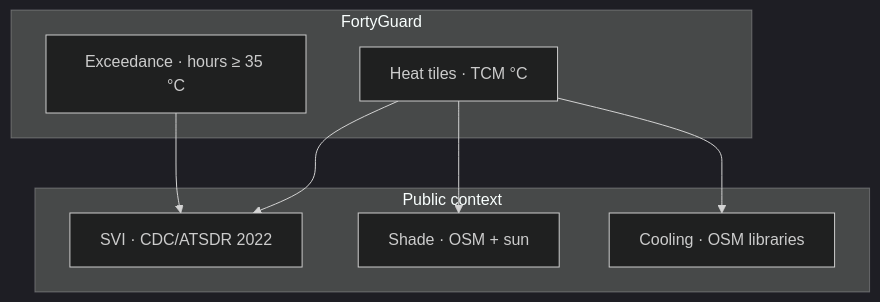
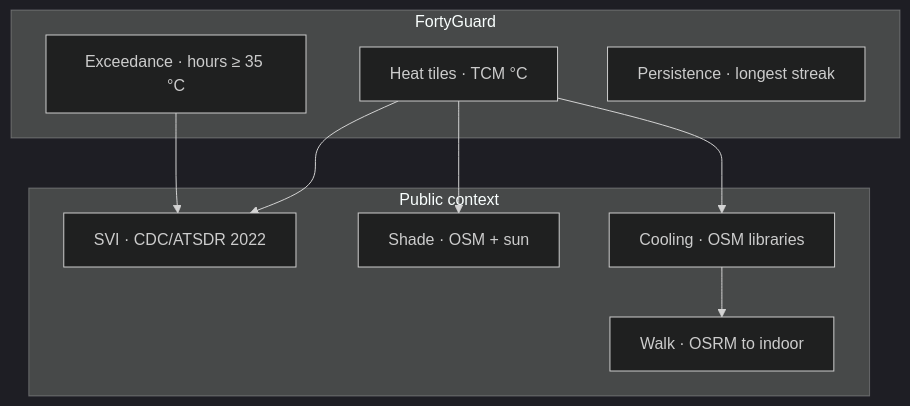
Before and after one commit to Galabavamsi/heatcast: the third of 4 diagrams in README.md, drawn with Mermaid (dark theme). The commit also changed other lines of this file and 1 other file, not shown here.

Commit message:
Update README and HANDOVER so clone-and-run docs match the shipped Day|Range site, ΔT tiles, and walk.

````diff
--- a/README.md
+++ b/README.md
@@ -108,16 +120,19 @@
 ```mermaid
 flowchart TB
   subgraph heat [FortyGuard]
     T["Heat tiles · TCM °C"]
     X["Exceedance · hours ≥ 35 °C"]
+    P["Persistence · longest streak"]
   end
   subgraph context [Public context]
     S["SVI · CDC/ATSDR 2022"]
     H["Shade · OSM + sun"]
     C["Cooling · OSM libraries"]
+    W["Walk · OSRM to indoor"]
   end
   T --> S
   X --> S
   T --> H
   T --> C
+  C --> W
 ```
````
